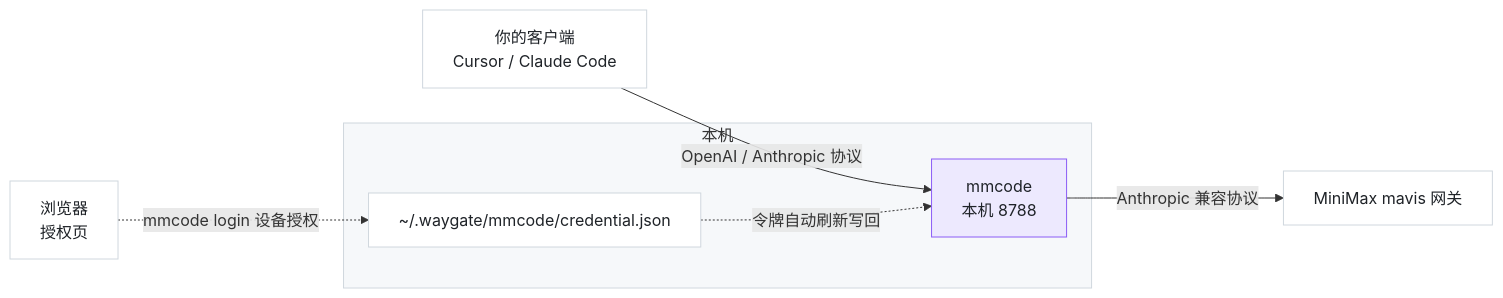
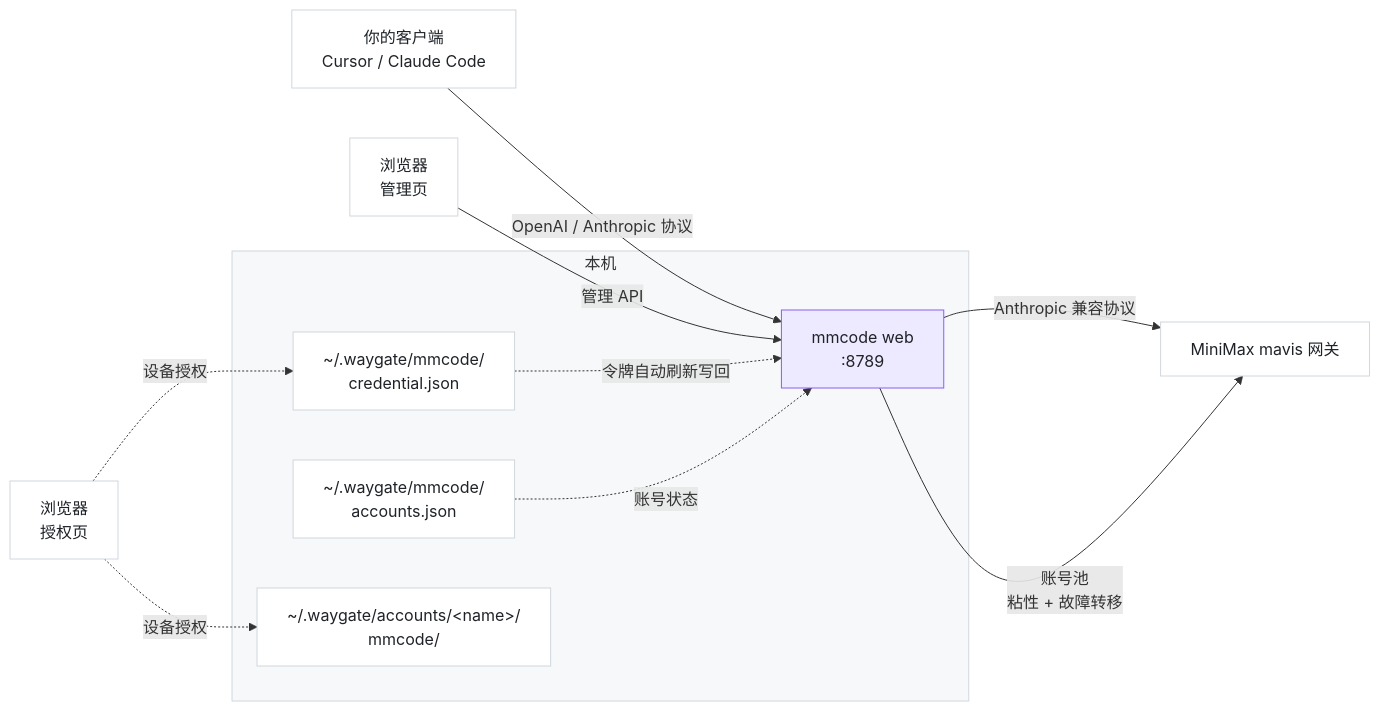
Before and after one commit to GoldTest/mmmcode: the diagram in README.md, drawn with Mermaid. The commit also changed other lines of this file, not shown here.

First line of the commit message:
docs: README 补多账号、管理页、Docker 三节

````diff
--- a/README.md
+++ b/README.md
@@ -167,24 +296,34 @@
 ```mermaid
 flowchart LR
   C[你的客户端<br/>Cursor / Claude Code]
-  M[mmcode<br/>本机 8788]
+  M[mmcode web<br/>:8789]
+  W[浏览器<br/>管理页]
   G[MiniMax mavis 网关]
   B[浏览器<br/>授权页]
 
   C -->|OpenAI / Anthropic 协议| M
+  W -->|管理 API| M
   M -->|Anthropic 兼容协议| G
+  M -->|账号池<br/>粘性 + 故障转移| G
 
   subgraph local [本机]
     M
-    F[~/.waygate/mmcode/credential.json]
+    F[~/.waygate/mmcode/<br/>credential.json]
+    R[~/.waygate/mmcode/<br/>accounts.json]
+    A[~/.waygate/accounts/&lt;name&gt;/<br/>mmcode/]
   end
-  B -.->|mmcode login 设备授权| F
+  B -.->|设备授权| F
+  B -.->|设备授权| A
   F -.->|令牌自动刷新写回| M
+  R -.->|账号状态| M
 
   style M fill:#EDE9FE,stroke:#8B5CF6,color:#1F2328
   style F fill:#FFFFFF,stroke:#D0D7DE,color:#1F2328
+  style R fill:#FFFFFF,stroke:#D0D7DE,color:#1F2328
+  style A fill:#FFFFFF,stroke:#D0D7DE,color:#1F2328
   style C fill:#FFFFFF,stroke:#D0D7DE,color:#1F2328
   style G fill:#FFFFFF,stroke:#D0D7DE,color:#1F2328
   style B fill:#FFFFFF,stroke:#D0D7DE,color:#1F2328
+  style W fill:#FFFFFF,stroke:#D0D7DE,color:#1F2328
   style local fill:#F6F8FA,stroke:#D0D7DE
 ```
````
